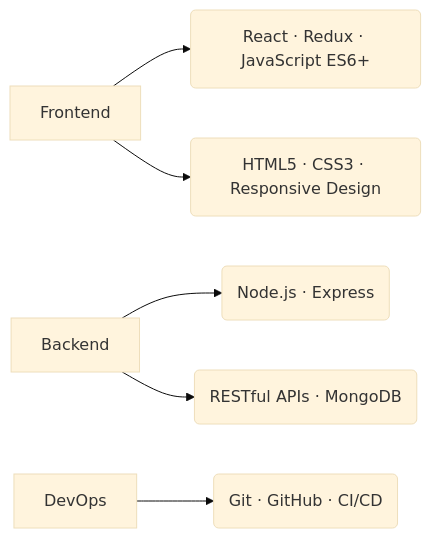
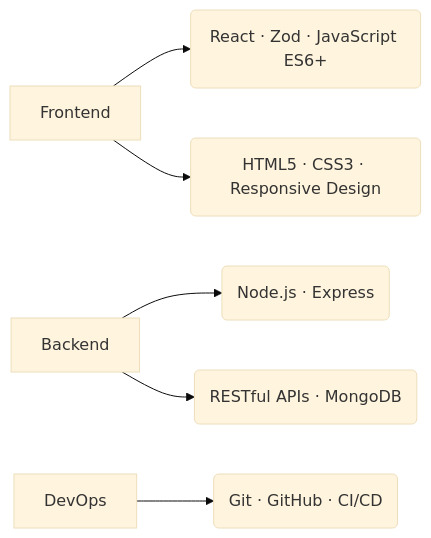
One commit to ouDriss95/The-Last-Checkpoint changed the diagram in readme.md. Above: the diagram before and after it, drawn with Mermaid (base theme).

````diff
--- a/readme.md
+++ b/readme.md
@@ -21,8 +21,8 @@
 ```mermaid
 graph LR
-A[Frontend] --> B(React · Redux · JavaScript ES6+)
+A[Frontend] --> B(React · Zod · JavaScript ES6+)
 A --> C(HTML5 · CSS3 · Responsive Design)
 D[Backend] --> E(Node.js · Express)
 D --> F(RESTful APIs · MongoDB)
 G[DevOps] --> H(Git · GitHub · CI/CD)
 ```
````
